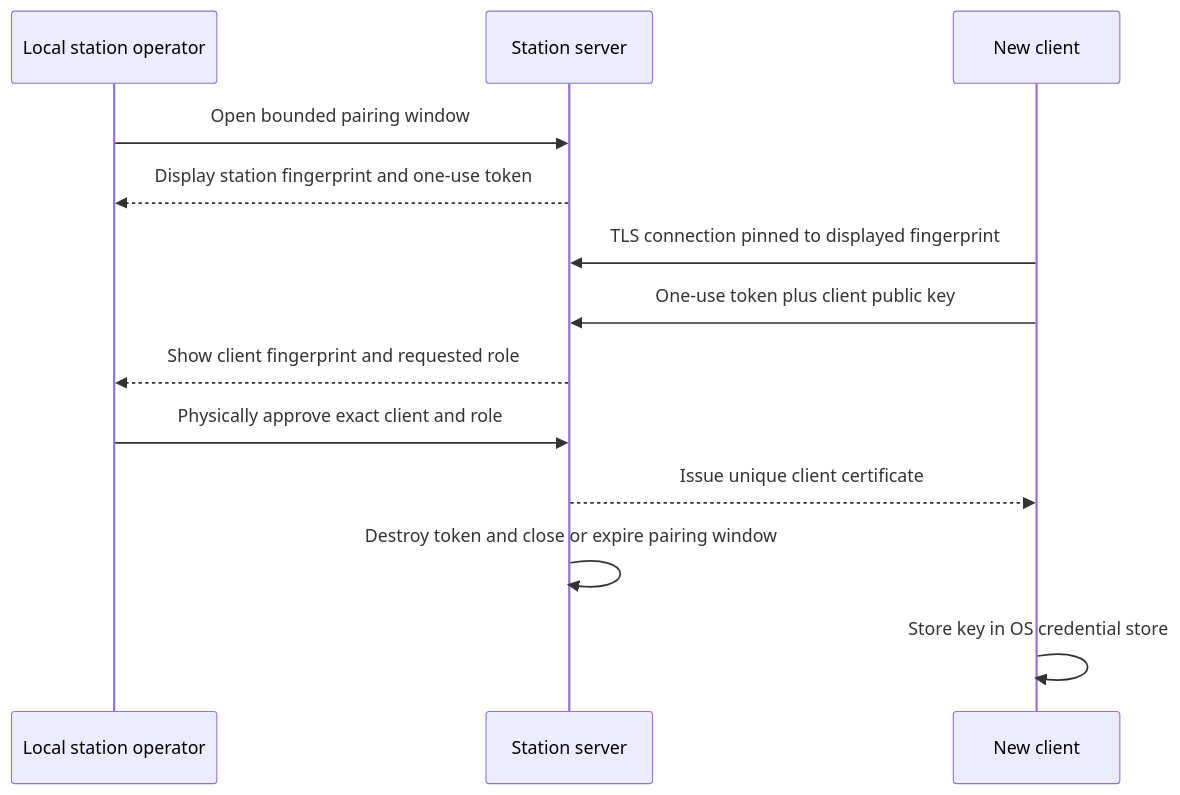
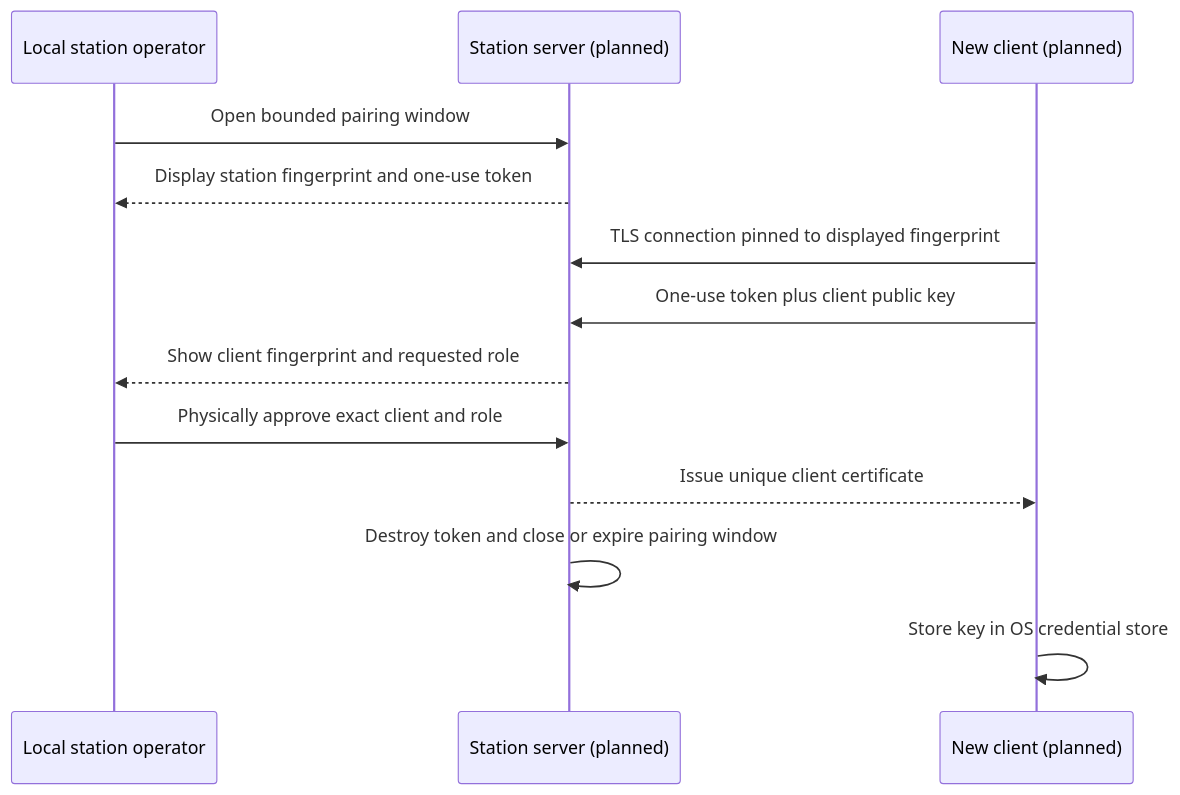
One commit to alessiobravi/CW-Assistant changed the second of 4 diagrams in docs/remote-operation-specification.md. Above: the diagram before and after it, drawn with Mermaid. The commit also changed other lines of this file and 39 other files, not shown here.

````diff
--- a/docs/remote-operation-specification.md
+++ b/docs/remote-operation-specification.md
@@ -156,15 +174,15 @@
 ```mermaid
 sequenceDiagram
   participant L as Local station operator
-  participant S as Station server
-  participant C as New client
+  participant S as Station server (planned)
+  participant C as New client (planned)
   L->>S: Open bounded pairing window
   S-->>L: Display station fingerprint and one-use token
   C->>S: TLS connection pinned to displayed fingerprint
   C->>S: One-use token plus client public key
   S-->>L: Show client fingerprint and requested role
   L->>S: Physically approve exact client and role
   S-->>C: Issue unique client certificate
   S->>S: Destroy token and close or expire pairing window
   C->>C: Store key in OS credential store
 ```
````
